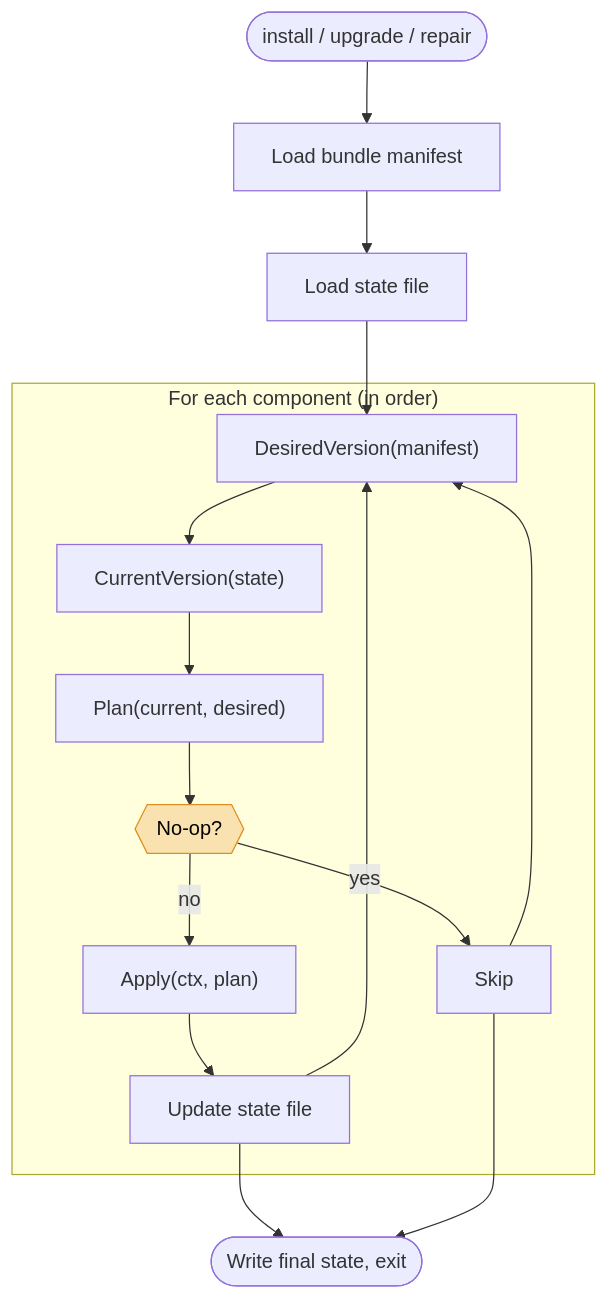
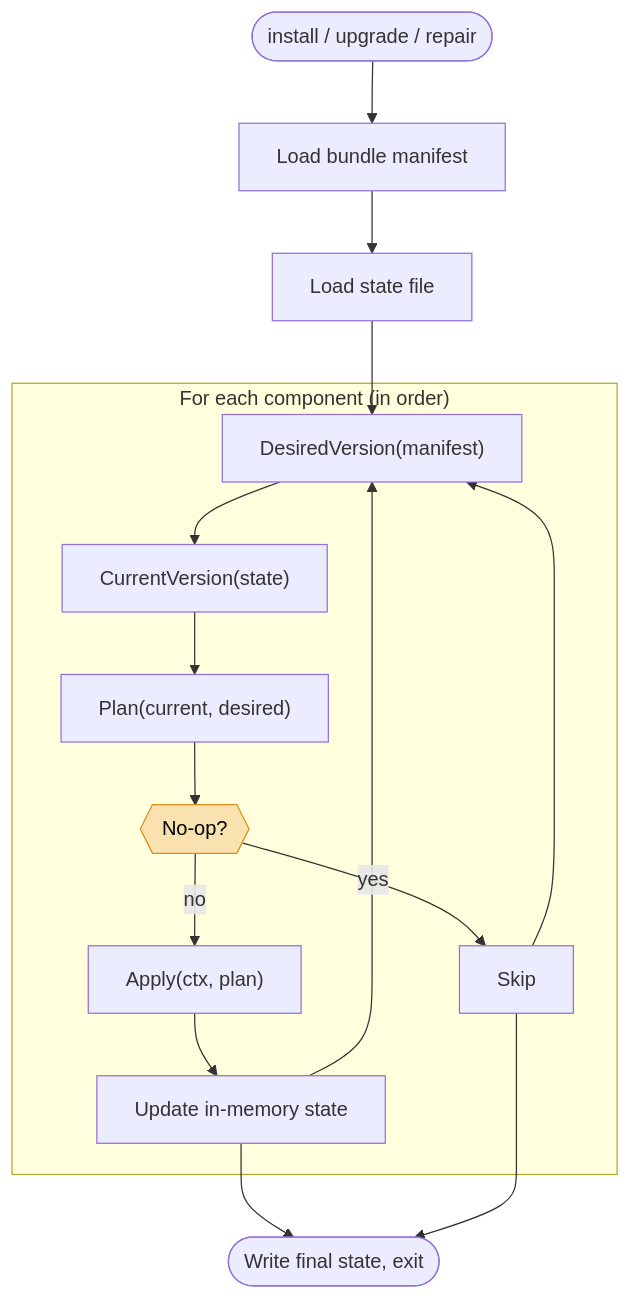
One commit to aether-gui/aether-ops-bootstrap changed the diagram in website/docs/bootstrap-guide/index.md. Above: the diagram before and after it, drawn with Mermaid. The commit also changed other lines of this file and 19 other files, not shown here.

````diff
--- a/website/docs/bootstrap-guide/index.md
+++ b/website/docs/bootstrap-guide/index.md
@@ -44,27 +44,27 @@
 ```mermaid
 flowchart TD
     start(["install / upgrade / repair"])
     load_bundle["Load bundle manifest"]
     load_state["Load state file"]
 
     subgraph loop["For each component (in order)"]
         desired["DesiredVersion(manifest)"]
         current["CurrentVersion(state)"]
         plan["Plan(current, desired)"]
         noop{{"No-op?"}}
         apply["Apply(ctx, plan)"]
-        update_state["Update state file"]
+        update_state["Update in-memory state"]
         skip["Skip"]
     end
 
     done(["Write final state, exit"])
 
     start --> load_bundle --> load_state
     load_state --> desired --> current --> plan --> noop
     noop -->|yes| skip --> desired
     noop -->|no| apply --> update_state --> desired
     update_state --> done
     skip --> done
 
     style noop fill:#f9e2af,stroke:#df8e1d,color:#000
 ```
````
